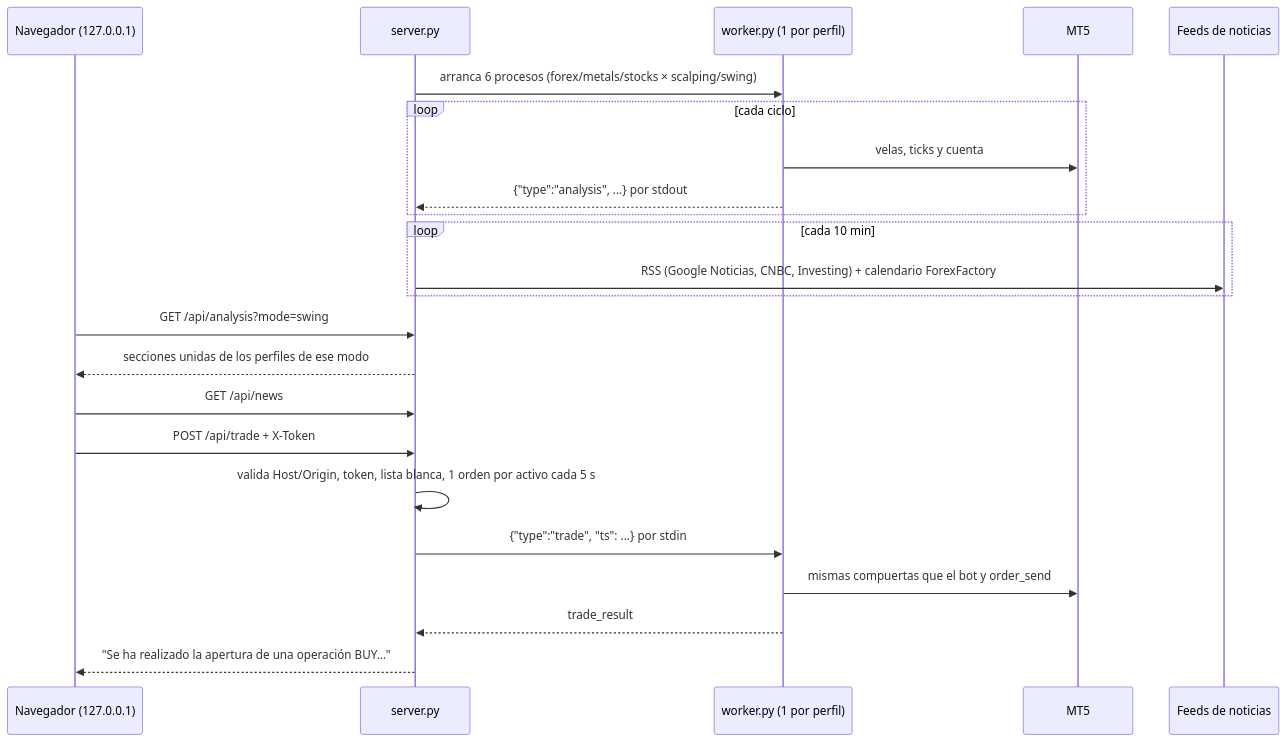
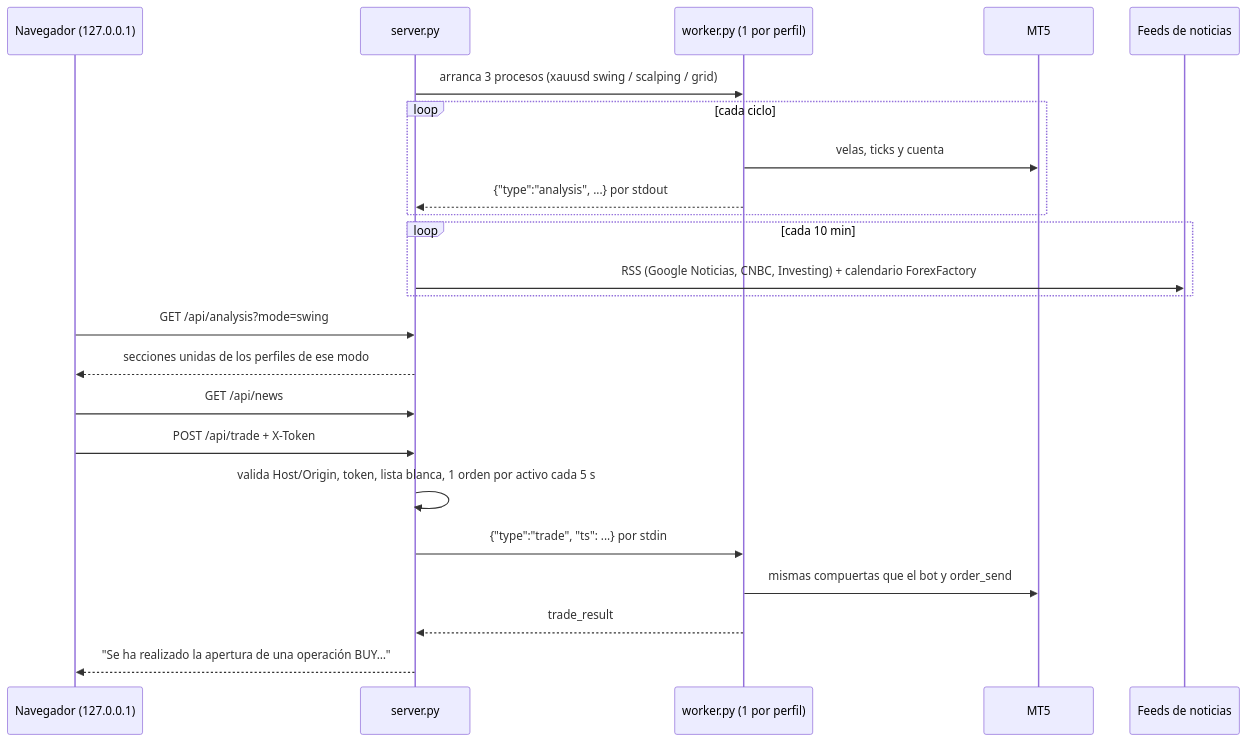
Before and after one commit to BlackEagle00/Bot-XAU-USD: the third of 5 diagrams in docs/ARCHITECTURE.md, drawn with Mermaid. The commit also changed other lines of this file and 37 other files, not shown here.

Commit message:
Nuevo intento con ajuste de grid a scalping, eliminación de grid y nueva reevaluación para scalping

````diff
--- a/docs/ARCHITECTURE.md
+++ b/docs/ARCHITECTURE.md
@@ -66,25 +66,25 @@
 ```mermaid
 sequenceDiagram
     participant N as Navegador (127.0.0.1)
     participant S as server.py
     participant W as worker.py (1 por perfil)
     participant M as MT5
     participant F as Feeds de noticias
-    S->>W: arranca 6 procesos (forex/metals/stocks × scalping/swing)
+    S->>W: arranca 3 procesos (xauusd swing / scalping / grid)
     loop cada ciclo
         W->>M: velas, ticks y cuenta
         W-->>S: {"type":"analysis", ...} por stdout
     end
     loop cada 10 min
         S->>F: RSS (Google Noticias, CNBC, Investing) + calendario ForexFactory
     end
     N->>S: GET /api/analysis?mode=swing
     S-->>N: secciones unidas de los perfiles de ese modo
     N->>S: GET /api/news
     N->>S: POST /api/trade + X-Token
     S->>S: valida Host/Origin, token, lista blanca, 1 orden por activo cada 5 s
     S->>W: {"type":"trade", "ts": ...} por stdin
     W->>M: mismas compuertas que el bot y order_send
     W-->>S: trade_result
     S-->>N: "Se ha realizado la apertura de una operación BUY…"
 ```
````
